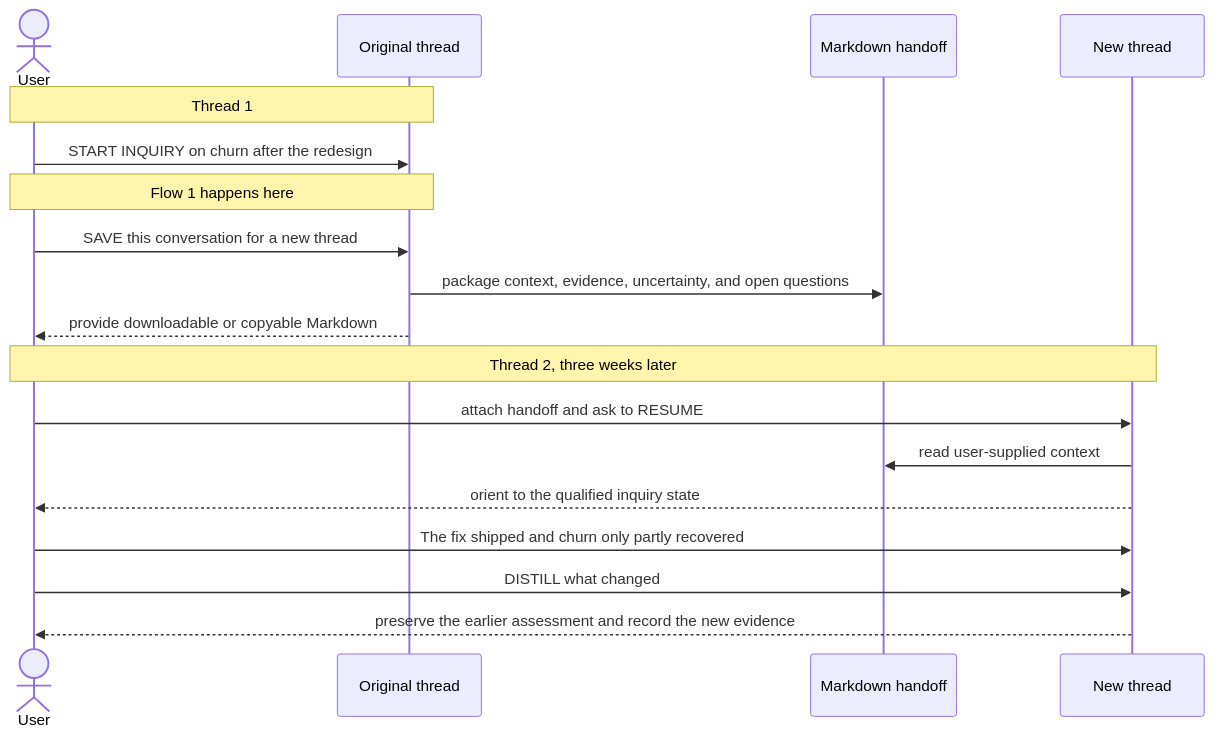
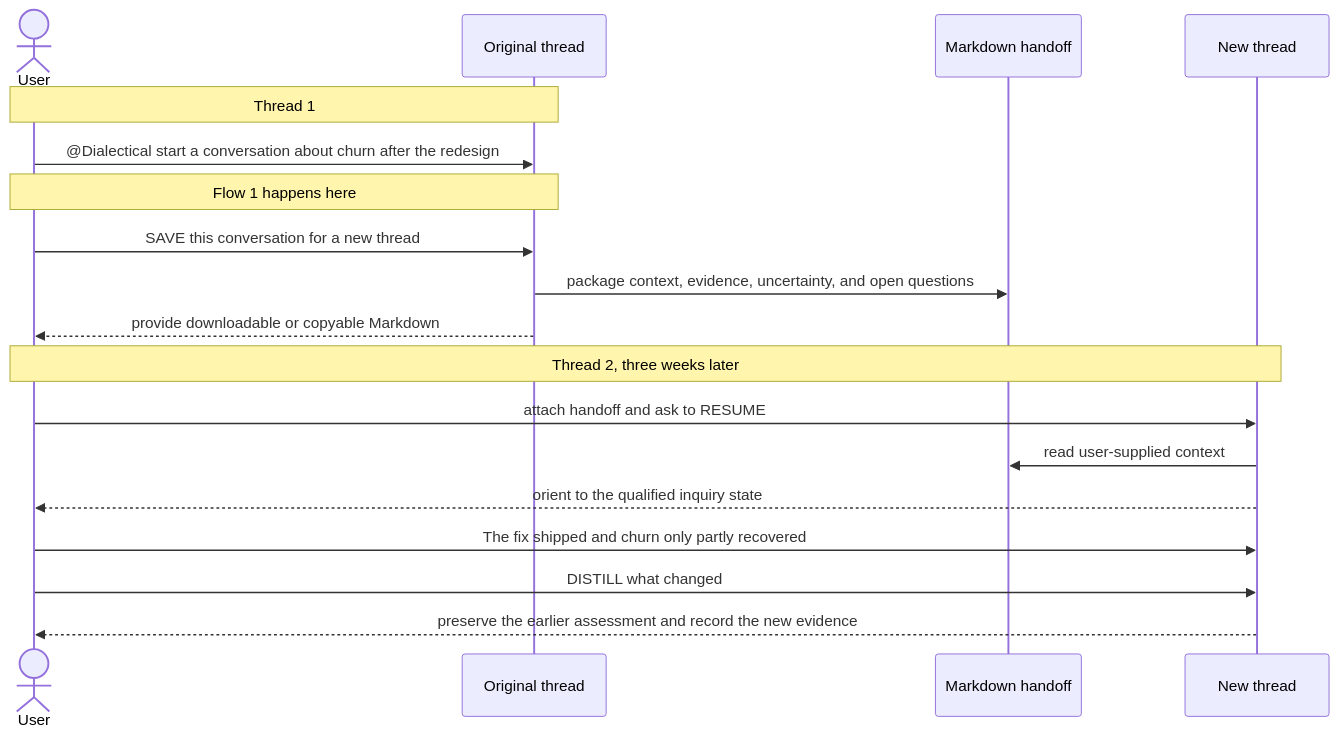
The third of 3 diagrams in docs/flows.md (FahrtAI/dialectical), drawn with Mermaid before and after one commit. The commit also changed other lines of this file and 20 other files, not shown here.

First line of the commit message:
Park START INQUIRY, CLOSE, TAG, and RECALL with the file-store inquiry records (#45)

````diff
--- a/docs/flows.md
+++ b/docs/flows.md
@@ -130,20 +130,20 @@
 ```mermaid
 sequenceDiagram
     actor U as User
     participant A as Original thread
     participant H as Markdown handoff
     participant B as New thread
     Note over U,A: Thread 1
-    U->>A: START INQUIRY on churn after the redesign
+    U->>A: @Dialectical start a conversation about churn after the redesign
     Note over U,A: Flow 1 happens here
     U->>A: SAVE this conversation for a new thread
     A->>H: package context, evidence, uncertainty, and open questions
     A-->>U: provide downloadable or copyable Markdown
     Note over U,B: Thread 2, three weeks later
     U->>B: attach handoff and ask to RESUME
     B->>H: read user-supplied context
     B-->>U: orient to the qualified inquiry state
     U->>B: The fix shipped and churn only partly recovered
     U->>B: DISTILL what changed
     B-->>U: preserve the earlier assessment and record the new evidence
 ```
````
